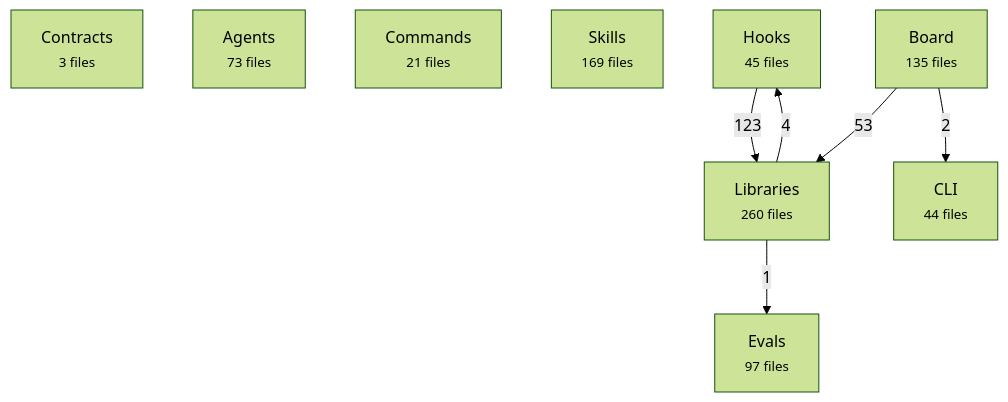
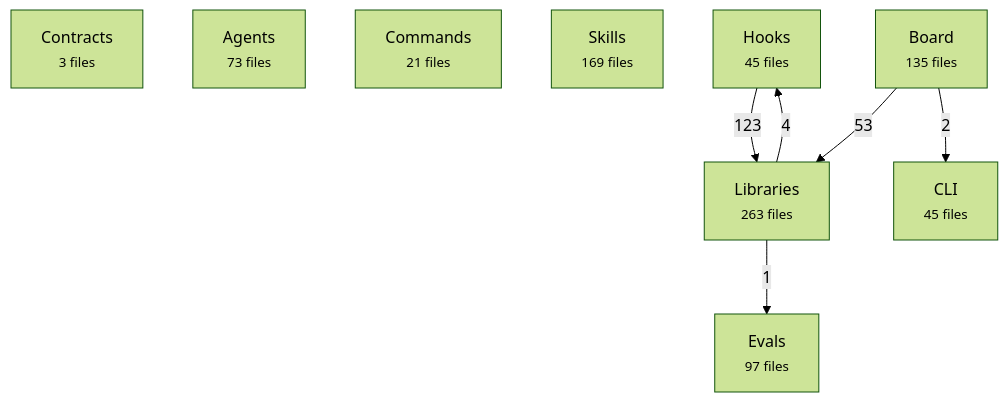
The first of 2 diagrams in docs/reference/architecture-map.md (avelikiy/great_cto), drawn with Mermaid (forest theme) before and after one commit. The commit also changed other lines of this file and 17 other files, not shown here.

````diff
--- a/docs/reference/architecture-map.md
+++ b/docs/reference/architecture-map.md
@@ -20,17 +20,17 @@
 ```mermaid
 flowchart TD
   contracts["Contracts<br/><small>3 files</small>"]
   agents["Agents<br/><small>73 files</small>"]
   commands["Commands<br/><small>21 files</small>"]
   skills["Skills<br/><small>169 files</small>"]
   hooks["Hooks<br/><small>45 files</small>"]
-  libs["Libraries<br/><small>260 files</small>"]
+  libs["Libraries<br/><small>263 files</small>"]
   board["Board<br/><small>135 files</small>"]
-  cli["CLI<br/><small>44 files</small>"]
+  cli["CLI<br/><small>45 files</small>"]
   evals["Evals<br/><small>97 files</small>"]
   hooks -->|123| libs
   board -->|53| libs
   libs -->|4| hooks
   board -->|2| cli
   libs -->|1| evals
 ```
````
